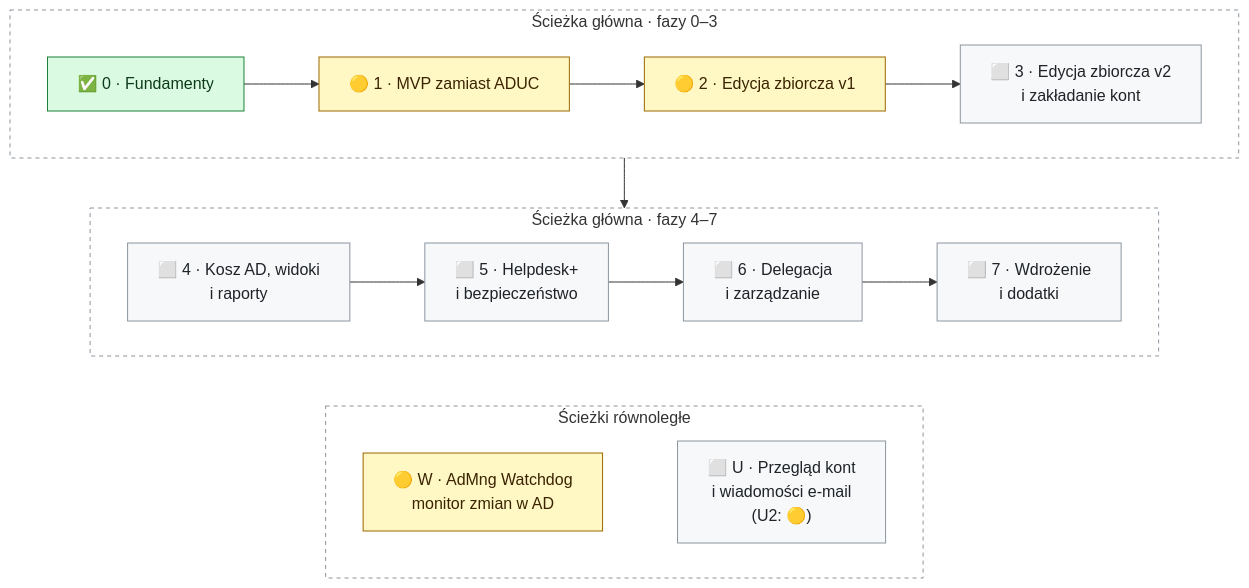
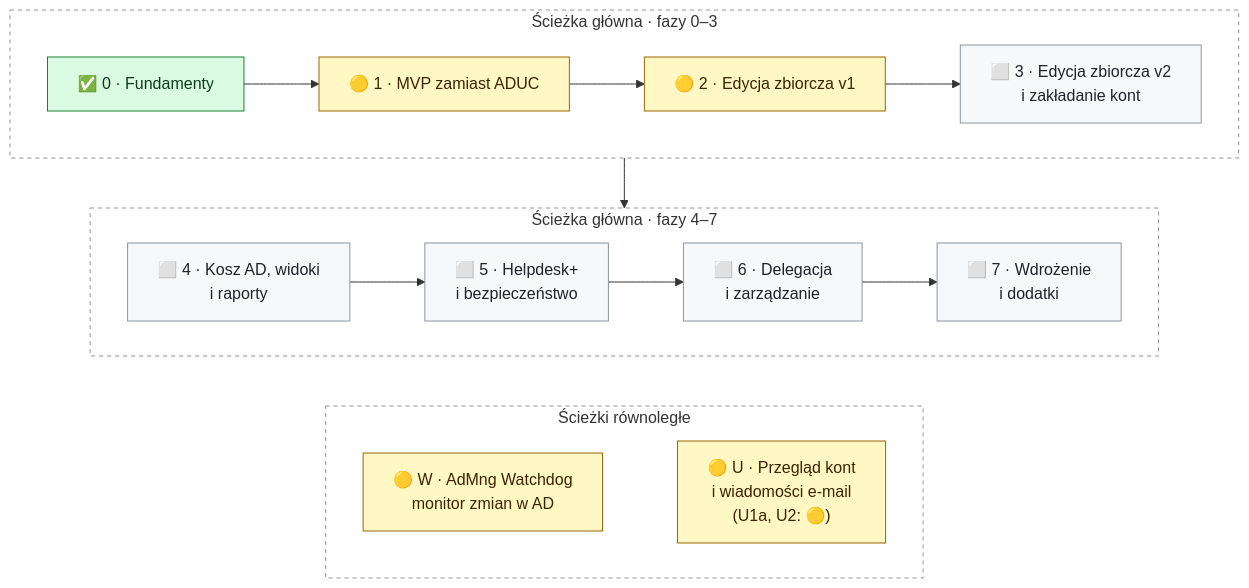
The diagram in README.md (DarienRahl/AD_MNG), drawn with Mermaid before and after one commit. The commit also changed other lines of this file and 39 other files, not shown here.

````diff
--- a/README.md
+++ b/README.md
@@ -159,26 +159,26 @@
 ```mermaid
 flowchart TB
     subgraph A["Ścieżka główna · fazy 0–3"]
         direction LR
         F0["✅ 0 · Fundamenty"] --> F1["🟡 1 · MVP zamiast ADUC"] --> F2["🟡 2 · Edycja zbiorcza v1"] --> F3["⬜ 3 · Edycja zbiorcza v2<br/>i zakładanie kont"]
     end
     subgraph B["Ścieżka główna · fazy 4–7"]
         direction LR
         F4["⬜ 4 · Kosz AD, widoki<br/>i raporty"] --> F5["⬜ 5 · Helpdesk+<br/>i bezpieczeństwo"] --> F6["⬜ 6 · Delegacja<br/>i zarządzanie"] --> F7["⬜ 7 · Wdrożenie<br/>i dodatki"]
     end
     subgraph C["Ścieżki równoległe"]
         direction LR
-        W["🟡 W · AdMng Watchdog<br/>monitor zmian w AD"] ~~~ U["⬜ U · Przegląd kont<br/>i wiadomości e-mail<br/>(U2: 🟡)"]
+        W["🟡 W · AdMng Watchdog<br/>monitor zmian w AD"] ~~~ U["🟡 U · Przegląd kont<br/>i wiadomości e-mail<br/>(U1a, U2: 🟡)"]
     end
     A --> B
     B ~~~ C
     classDef done fill:#dafbe1,stroke:#1a7f37,color:#0d3a1a
     classDef wip fill:#fff8c5,stroke:#9a6700,color:#3b2300
     classDef todo fill:#f6f8fa,stroke:#8c959f,color:#1f2328
     class F0 done
-    class F1,F2,W wip
-    class F3,F4,F5,F6,F7,U todo
+    class F1,F2,W,U wip
+    class F3,F4,F5,F6,F7 todo
     style A fill:transparent,stroke:#8c959f,stroke-dasharray:4 4
     style B fill:transparent,stroke:#8c959f,stroke-dasharray:4 4
     style C fill:transparent,stroke:#8c959f,stroke-dasharray:4 4
 ```
````
